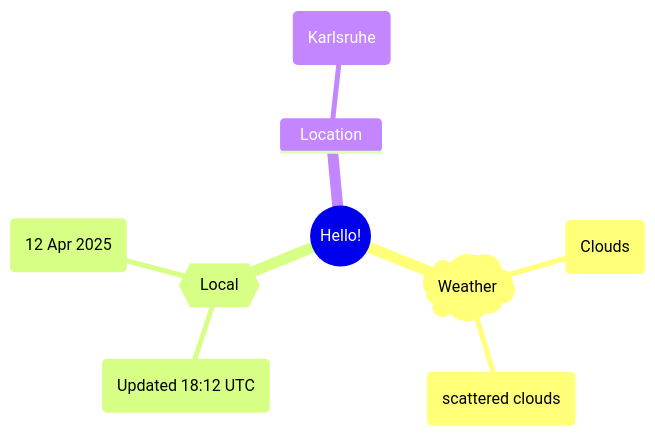
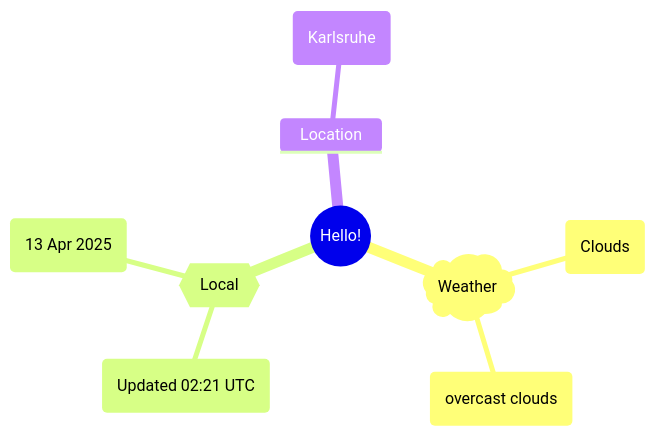
The first of 2 diagrams in README.md (Xosrov/Xosrov), drawn with Mermaid before and after one commit.

Commit message:
[bot] updated images

````diff
--- a/README.md
+++ b/README.md
@@ -3,12 +3,12 @@
 ```mermaid
 mindmap
   root((Hello!))
     )Weather(
         (Clouds)
-        (scattered clouds)
+        (overcast clouds)
     {{Local}}
-        (Updated 18:12 UTC)
-        (12 Apr 2025)
+        (Updated 02:21 UTC)
+        (13 Apr 2025)
     Location
         (Karlsruhe)
 ```
````
